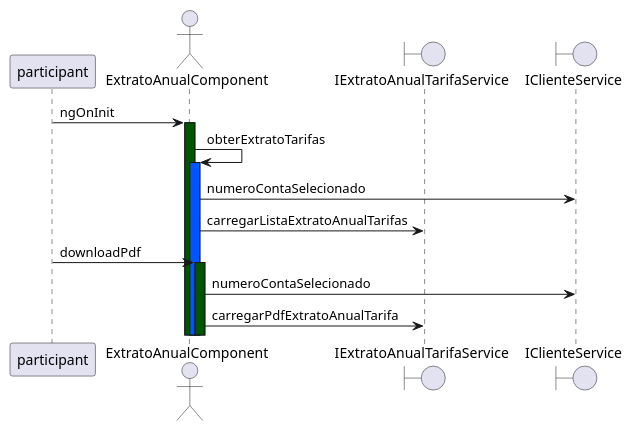
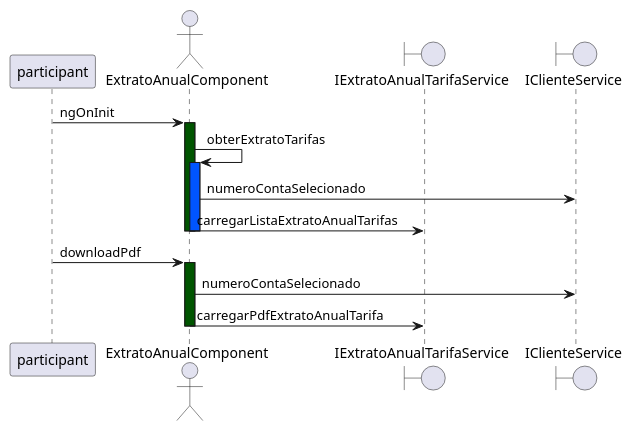
One commit to tommymolto/ng-reverse-uml changed the diagram in example/extrato-anual.component.ts.sequence.puml. Above: the diagram before and after it, drawn with PlantUML. The commit also changed 3 other files, not shown here.

```diff
--- a/example/extrato-anual.component.ts.sequence.puml
+++ b/example/extrato-anual.component.ts.sequence.puml
@@ -1,16 +1,19 @@
 @startuml 
  participant participant as Usuario
 actor  ExtratoAnualComponent as ExtratoAnualComponent
 boundary  IExtratoAnualTarifaService as extratoAnualService
 boundary  IClienteService as clienteService
 Usuario -> ExtratoAnualComponent:ngOnInit
 activate ExtratoAnualComponent #005500
 ExtratoAnualComponent -> ExtratoAnualComponent:obterExtratoTarifas
 activate ExtratoAnualComponent #0055FF
 ExtratoAnualComponent -> clienteService:numeroContaSelecionado
 ExtratoAnualComponent -> extratoAnualService:carregarListaExtratoAnualTarifas
+deactivate ExtratoAnualComponent
+deactivate ExtratoAnualComponent
 Usuario -> ExtratoAnualComponent:downloadPdf
 activate ExtratoAnualComponent #005500
 ExtratoAnualComponent -> clienteService:numeroContaSelecionado
 ExtratoAnualComponent -> extratoAnualService:carregarPdfExtratoAnualTarifa
+deactivate ExtratoAnualComponent
 @enduml
```
